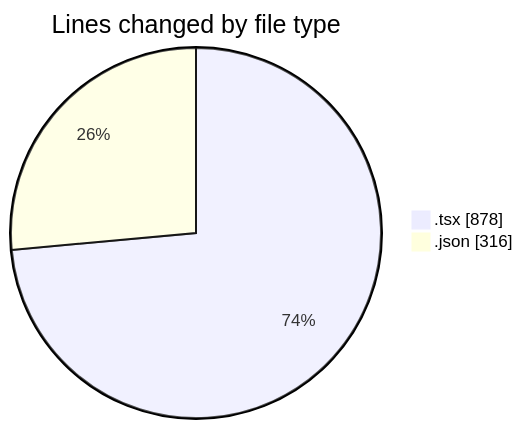
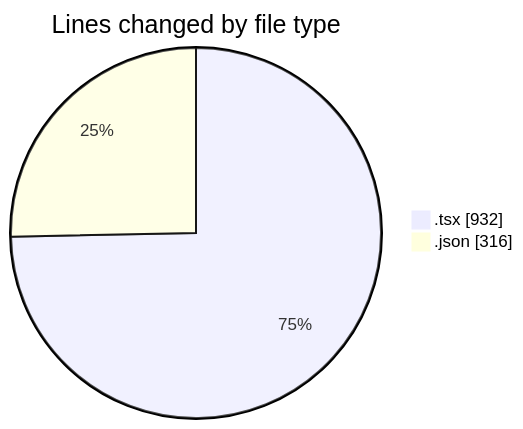
The first of 2 diagrams in 2025-08-13/ribbon/README.md (EIIisD/code-tracking), drawn with Mermaid before and after one commit. The commit also changed other lines of this file and 1 other file, not shown here.

````diff
--- a/2025-08-13/ribbon/README.md
+++ b/2025-08-13/ribbon/README.md
@@ -25,6 +26,6 @@
 ```mermaid
 pie showData
 title Lines changed by file type
-".tsx" : 878
+".tsx" : 932
 ".json" : 316
 ```
````
